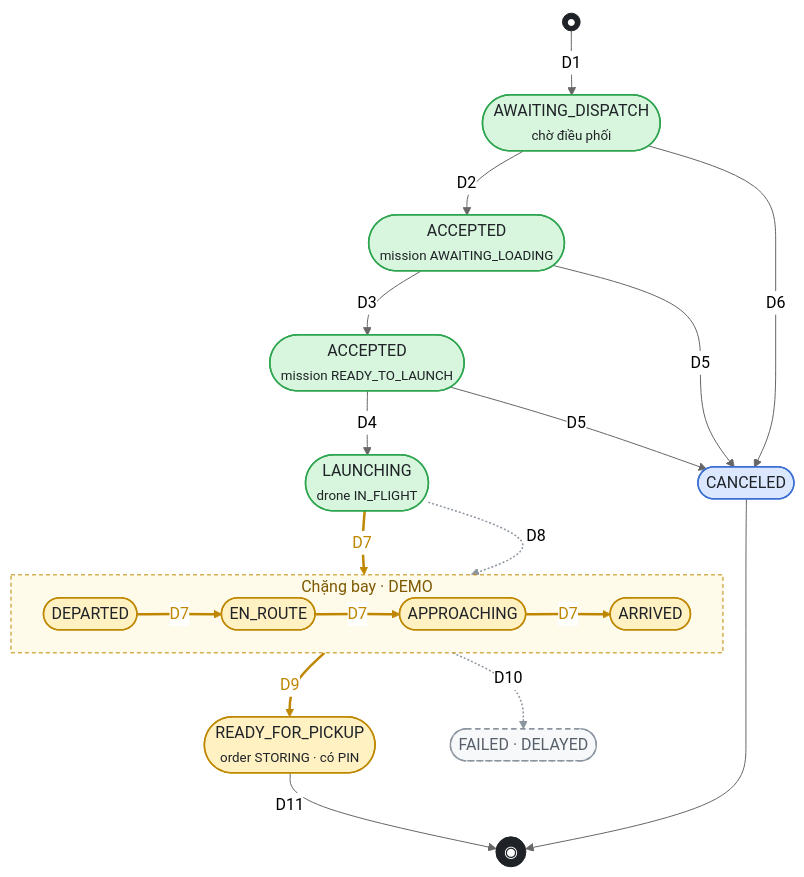
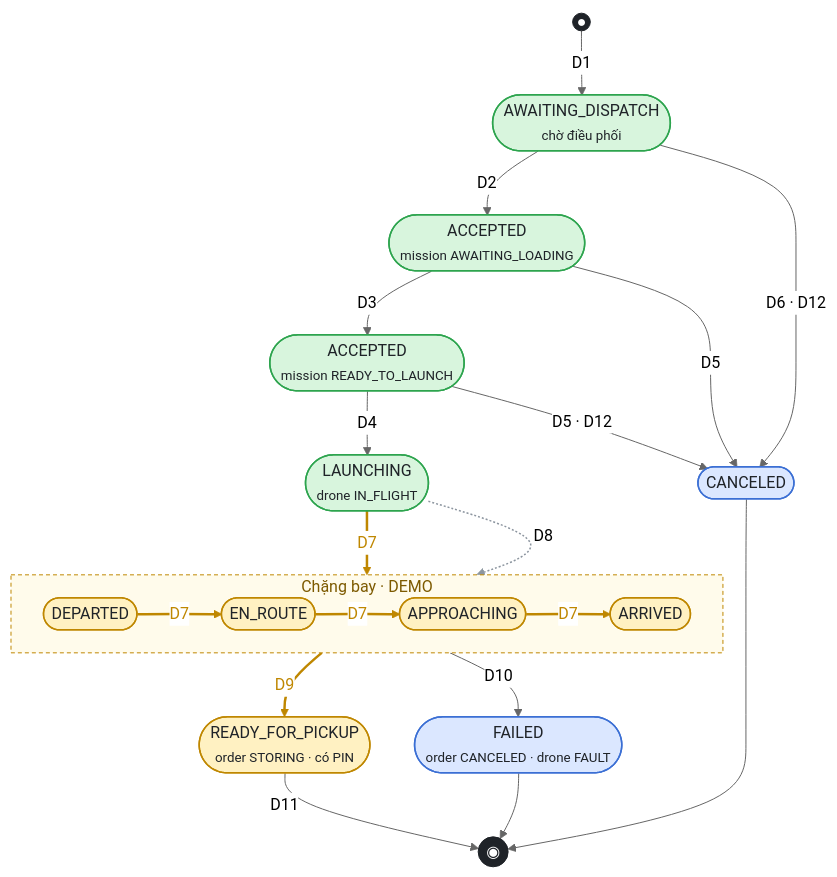
Before and after one commit to LockR-Tech/docs: the diagram in diagrams/src/drone-mission.mmd, drawn with Mermaid (neutral theme). The commit also changed 1 other file, not shown here.

Commit message:
docs(diagrams): cap nhat vong doi giao hang drone
Them nhanh chuyen bay that bai (D10) va tu huy theo han cho (D12), dieu
kien bo kien truoc khi tiep nhan, va ghi mission duoc giu lai khi huy
thay vi bi xoa. Render lai PDF.

Refs: F1-G04

```diff
--- a/diagrams/src/drone-mission.mmd
+++ b/diagrams/src/drone-mission.mmd
@@ -1,57 +1,58 @@
 %% @title Vòng đời giao hàng Drone — deliveryStage & DroneMission
 %% @subtitle Nguồn: <code>order-service/…/DroneOrderMaintenanceService.java</code> · <code>DroneDeliverySimulator.java</code> · <code>OrderService.java:215-253</code> — Luồng 1 — rà soát code 2026-09-25
 %% @orientation portrait
 %% @legend <span class="sw ok"></span>Chạy thật (STANDARD)
 %% @legend <span class="sw demo"></span>Chỉ đạt được ở DEMO
 %% @legend <span class="sw gap"></span>Cần có — CHƯA code
 %% @legend <span class="sw end"></span>Kết thúc
-%% @row D1 | ∅ → AWAITING_DISPATCH | <code>POST /api/orders/drone-deliveries</code> | CUSTOMER | giữ ô DRONE ở tủ gửi và tủ nhận, UNPAID, báo DRONE_TECHNICIAN; người nhận tuỳ chọn (SĐT)
-%% @row D2 | AWAITING_DISPATCH → ACCEPTED | <code>POST /api/drone-technician/drone-orders/{id}/accept</code> | DRONE_TECHNICIAN | PAID · drone IDLE · pin đủ ngưỡng · locker ACTIVE · pad OK → khóa DB và giữ drone RESERVED → mission AWAITING_LOADING; chặn mission trùng
+%% @row D1 | ∅ → AWAITING_DISPATCH | <code>POST /api/orders/drone-deliveries</code> | CUSTOMER | giữ ô DRONE ở hai tủ, UNPAID; cam kết không hàng cấm; chặn quá tầm bay / quá số đơn mở / tạm dừng bay
+%% @row D2 | AWAITING_DISPATCH → ACCEPTED | <code>POST /api/drone-technician/drone-orders/{id}/accept</code> | DRONE_TECHNICIAN | PAID · người gửi đã bỏ kiện · drone IDLE · pin đủ ngưỡng · locker ACTIVE · pad OK → khóa DB và giữ drone RESERVED → mission AWAITING_LOADING; chặn mission trùng
 %% @row D3 | ACCEPTED / AWAITING_LOADING → READY_TO_LAUNCH | <code>POST …/{id}/loading-confirmation</code> | đội viên đã nhận | ghi trạm nguồn, người nạp, cân nặng, niêm phong; bắt buộc đúng kiện · cố định · khóa khoang; chặn quá tải; nhả ô DRONE ở tủ gửi
 %% @row D4 | ACCEPTED / READY_TO_LAUNCH → LAUNCHING | <code>POST …/{id}/launch</code> | đội viên đã nhận | bắt buộc hồ sơ nạp; kiểm tra lại RESERVED · active · pin · pad OK; compare-and-set drone IN_FLIGHT
-%% @row D5 | ACCEPTED → CANCELED | <code>POST …/{id}/cancel</code> | đội viên đã nhận | cho phép khi AWAITING_LOADING hoặc READY_TO_LAUNCH; RESERVED → IDLE, xoá mission, nhả ô ở cả hai tủ, báo khách; đơn PAID hoàn về ví (REFUNDED)
+%% @row D5 | ACCEPTED → CANCELED | <code>POST …/{id}/cancel</code> | đội viên đã nhận | cho phép khi AWAITING_LOADING hoặc READY_TO_LAUNCH; RESERVED → IDLE, mission giữ lại ở CANCELED (lý do, người huỷ, giờ huỷ), nhả ô ở cả hai tủ, báo khách; đơn PAID tạo yêu cầu hoàn tiền (REFUND_PENDING)
 %% @row D6 | AWAITING_DISPATCH → CANCELED | <code>PUT /api/orders/{id}/cancel</code> | CUSTOMER | order và deliveryStage → CANCELED, nhả ô; app không có nút huỷ cho đơn drone; đơn PAID hoàn về ví (REFUNDED)
 %% @row !D7 | LAUNCHING → DEPARTED → … → ARRIVED | <code>DroneDeliverySimulator</code> mỗi 3 giây | hệ thống | chỉ DEMO. Push ở DEPARTED, APPROACHING, ARRIVED; phát vị trí nội suy lên STOMP mỗi giây
 %% @row D8 | LAUNCHING → … → READY_FOR_PICKUP | <code>POST …/{id}/advance</code> | đội viên đã nhận | chỉ STANDARD: xác nhận tay từng chặng (chưa có telemetry, không có vị trí)
 %% @row D9 | ARRIVED → READY_FOR_PICKUP | simulator hoặc <code>…/advance</code> | hệ thống · đội viên | mission DEPOSITED, order STORING, ô nhận OCCUPIED, cấp PIN hạn 24h, drone IDLE; gửi mã cho người nhận khác người đặt
-%% @row ~D10 | EN_ROUTE · APPROACHING → FAILED · DELAYED | abort / lỗi drone / thời tiết | hệ thống · DRONE_TECHNICIAN | CHƯA CÓ (app mobile đã có nhãn delayed/failed nhưng backend không gửi)
+%% @row D10 | LAUNCHING … ARRIVED → FAILED | <code>POST …/{id}/fail</code> | đội viên đã nhận · ADMIN | order CANCELED + chặng FAILED, mission FAILED, nhả ô nhận, drone → FAULT, hoàn tiền, đội bay trả kiện. DELAYED CHƯA CÓ
+%% @row D12 | → CANCELED (quá hạn chờ) | quét mỗi 5 phút · <code>…/decline-surcharge</code> | hệ thống · CUSTOMER | chưa trả tiền 30 phút; đã trả mà chưa bỏ kiện/chưa tiếp nhận 120 phút; nợ phụ thu 60 phút hoặc khách từ chối. Kiện đã vào hệ thống thì chờ <code>…/parcel-return</code>
 %% @row D11 | READY_FOR_PICKUP → (order COMPLETED) | <code>PUT /api/orders/{id}/complete</code> | người đặt | cần PAID; deliveryStage → COMPLETED theo trạng thái đơn. Mở ô bằng PIN ở kiosk <b>không</b> hoàn tất đơn
 %% @note Theo dõi hành trình: khách <code>GET /api/orders/{id}/drone-delivery</code>, điều phối viên <code>/api/drone-technician/drone-orders/{id}</code>, admin <code>/api/admin/drone-orders/{id}</code> — cùng một read model (lộ trình, mốc giờ, hồ sơ nạp hàng, nhật ký mới nhất trước), client tự làm mới 3–5 giây; bản đồ live (STOMP) đã tắt bằng feature flag, không service nào phát vị trí.
-%% @note DroneMission.status dùng AWAITING_LOADING/READY_TO_LAUNCH rồi cùng tên chặng bay + DEPOSITED; khi huỷ, dòng mission bị <b>xoá</b> thay vì đánh dấu CANCELED.
+%% @note DroneMission.status dùng AWAITING_LOADING/READY_TO_LAUNCH rồi cùng tên chặng bay + DEPOSITED; nhiệm vụ không giao được hàng được <b>giữ lại</b> ở CANCELED (huỷ trước khi phóng) hoặc FAILED (hỏng sau khi phóng) kèm <code>ended_at</code>, <code>end_reason</code>, <code>end_note</code>, <code>failed_stage</code>.
 %%{init: {"flowchart": {"nodeSpacing": 26, "rankSpacing": 40, "padding": 8, "curve": "basis"}}}%%
 flowchart TB
     S(("●")) -->|D1| AW(["AWAITING_DISPATCH<br/><small>chờ điều phối</small>"])
     AW -->|D2| ACC(["ACCEPTED<br/><small>mission AWAITING_LOADING</small>"])
     ACC -->|D3| LOAD(["ACCEPTED<br/><small>mission READY_TO_LAUNCH</small>"])
     LOAD -->|D4| LAU(["LAUNCHING<br/><small>drone IN_FLIGHT</small>"])
     ACC -->|D5| CAN(["CANCELED"])
-    LOAD -->|D5| CAN
-    AW -->|D6| CAN
+    LOAD -->|D5 · D12| CAN
+    AW -->|D6 · D12| CAN
     subgraph FLIGHT["Chặng bay · DEMO"]
         direction LR
         DEP(["DEPARTED"]) -->|D7| ENR(["EN_ROUTE"])
         ENR -->|D7| APP(["APPROACHING"])
         APP -->|D7| ARR(["ARRIVED"])
     end
     LAU -->|D7| DEP
     ARR -->|D9| RFP(["READY_FOR_PICKUP<br/><small>order STORING · có PIN</small>"])
     LAU -.->|D8| DEP
-    FLIGHT -.->|D10| FAIL(["FAILED · DELAYED"])
+    FLIGHT -->|D10| FAIL(["FAILED<br/><small>order CANCELED · drone FAULT</small>"])
     RFP -->|D11| E((("◉")))
     CAN --> E
+    FAIL --> E
 
     classDef ok fill:#d8f5dd,stroke:#2da44e,stroke-width:1.5px,color:#1f2328
     classDef demo fill:#fff1c2,stroke:#bf8700,stroke-width:1.5px,color:#1f2328
     classDef gap fill:#f6f8fa,stroke:#8c959f,stroke-width:1.5px,stroke-dasharray:5 4,color:#57606a
     classDef fin fill:#dbe7ff,stroke:#3b6fd4,stroke-width:1.5px,color:#1f2328
     classDef term fill:#1f2328,stroke:#1f2328,color:#ffffff
     class AW,ACC,LOAD,LAU ok
     class DEP,ENR,APP,ARR,RFP demo
-    class FAIL gap
-    class CAN fin
+    class CAN,FAIL fin
     class S,E term
 
     style FLIGHT fill:#fffbeb,stroke:#bf8700,stroke-dasharray:4 3,color:#7d5a00
 
-    linkStyle 12,13 stroke:#8c959f,stroke-width:1.5px
+    linkStyle 12 stroke:#8c959f,stroke-width:1.5px
     linkStyle 7,8,9,10,11 stroke:#bf8700,stroke-width:2.5px,color:#bf8700
```
